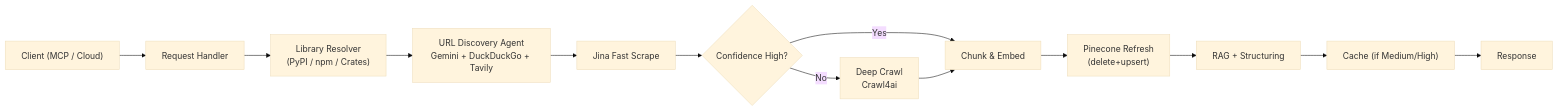
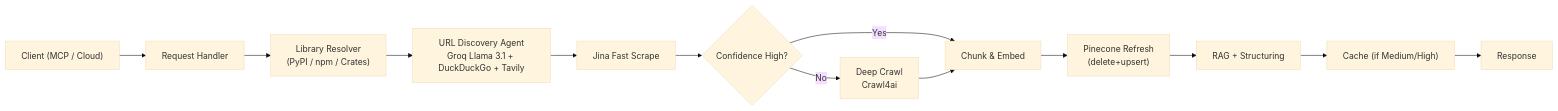
One commit to Yashwant00CR7/Groq-Machine-HacK changed the first of 2 diagrams in README.md. Above: the diagram before and after it, drawn with Mermaid (base theme). The commit also changed other lines of this file, not shown here.

````diff
--- a/README.md
+++ b/README.md
@@ -88,15 +88,15 @@
 ```mermaid
 flowchart LR
     A["Client (MCP / Cloud)"] --> B["Request Handler"]
     B --> C["Library Resolver<br/>(PyPI / npm / Crates)"]
-    C --> D["URL Discovery Agent<br/>Gemini + DuckDuckGo + Tavily"]
+    C --> D["URL Discovery Agent<br/>Groq Llama 3.1 + DuckDuckGo + Tavily"]
     D --> E["Jina Fast Scrape"]
     E --> F{"Confidence High?"}
     F -- "Yes" --> H["Chunk & Embed"]
     F -- "No" --> G["Deep Crawl<br/>Crawl4ai"]
     G --> H
     H --> I["Pinecone Refresh<br/>(delete+upsert)"]
     I --> J["RAG + Structuring"]
     J --> K["Cache (if Medium/High)"]
     K --> L["Response"]
 ```
````
